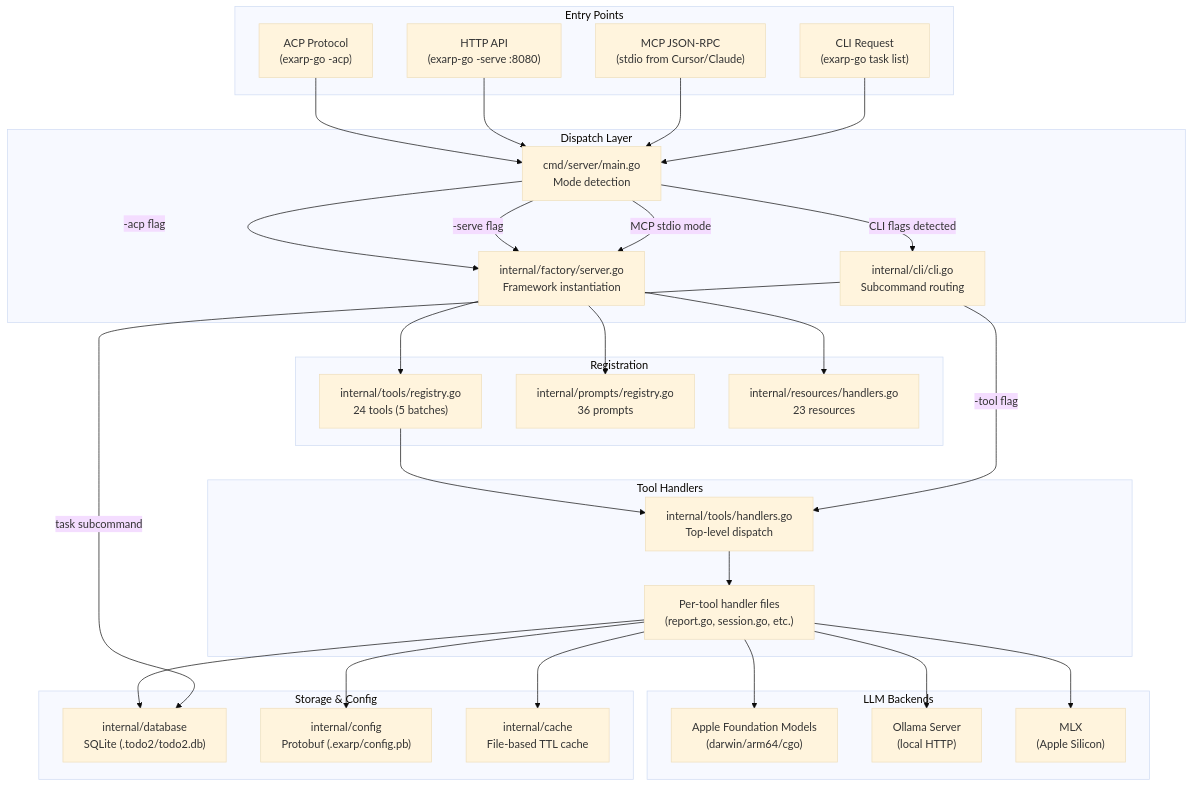
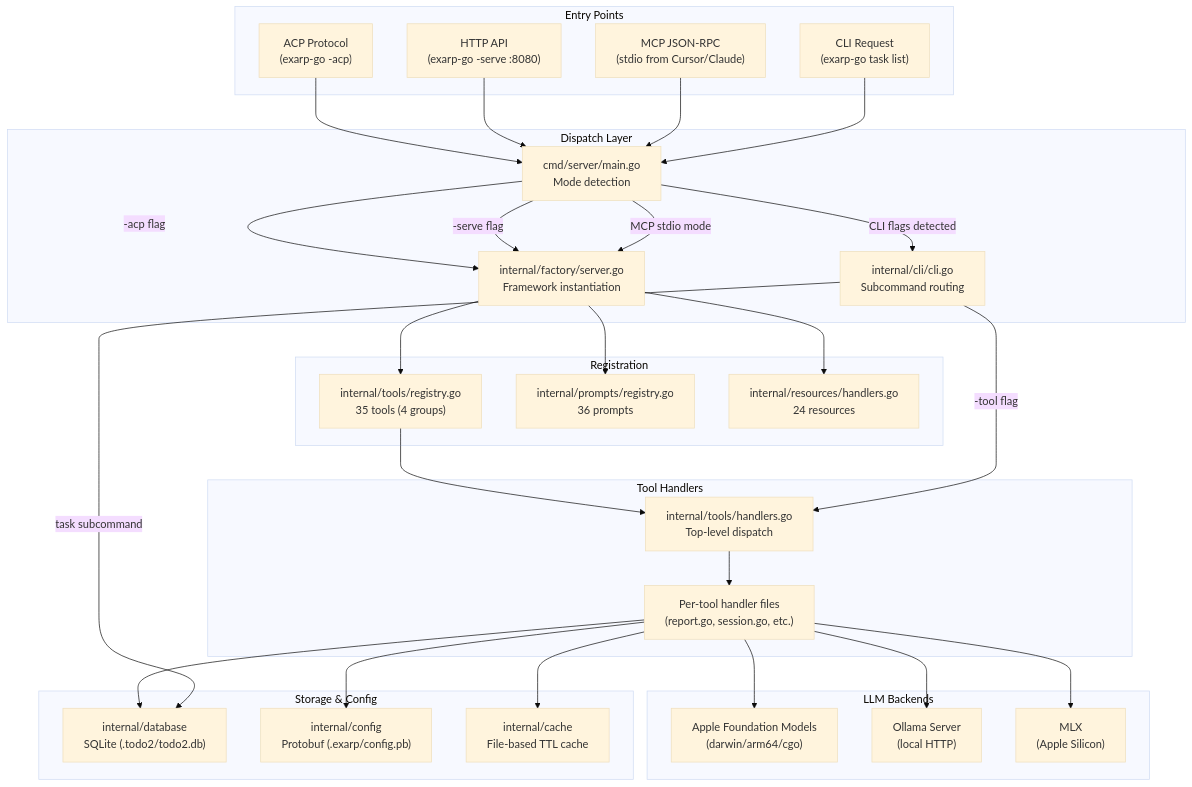
Before and after one commit to davidl71/exarp-go: the diagram in docs/ARCHITECTURE.md, drawn with Mermaid (base theme). The commit also changed other lines of this file and 5 other files, not shown here.

````diff
--- a/docs/ARCHITECTURE.md
+++ b/docs/ARCHITECTURE.md
@@ -38,64 +38,64 @@
 ```mermaid
 flowchart TD
     subgraph Entry["Entry Points"]
         CLI["CLI Request<br/>(exarp-go task list)"]
         MCP["MCP JSON-RPC<br/>(stdio from Cursor/Claude)"]
         HTTP["HTTP API<br/>(exarp-go -serve :8080)"]
         ACP_IN["ACP Protocol<br/>(exarp-go -acp)"]
     end
 
     subgraph Dispatch["Dispatch Layer"]
         MAIN["cmd/server/main.go<br/>Mode detection"]
         CLI_DISPATCH["internal/cli/cli.go<br/>Subcommand routing"]
         FACTORY["internal/factory/server.go<br/>Framework instantiation"]
     end
 
     subgraph Registration["Registration"]
-        TOOLS_REG["internal/tools/registry.go<br/>24 tools (5 batches)"]
+        TOOLS_REG["internal/tools/registry.go<br/>35 tools (4 groups)"]
         PROMPTS_REG["internal/prompts/registry.go<br/>36 prompts"]
-        RESOURCES_REG["internal/resources/handlers.go<br/>23 resources"]
+        RESOURCES_REG["internal/resources/handlers.go<br/>24 resources"]
     end
 
     subgraph Handlers["Tool Handlers"]
         HANDLERS["internal/tools/handlers.go<br/>Top-level dispatch"]
         TOOL_IMPL["Per-tool handler files<br/>(report.go, session.go, etc.)"]
     end
 
     subgraph Storage["Storage & Config"]
         DB["internal/database<br/>SQLite (.todo2/todo2.db)"]
         CONFIG["internal/config<br/>Protobuf (.exarp/config.pb)"]
         CACHE["internal/cache<br/>File-based TTL cache"]
     end
 
     subgraph LLM["LLM Backends"]
         FM["Apple Foundation Models<br/>(darwin/arm64/cgo)"]
         OLLAMA["Ollama Server<br/>(local HTTP)"]
         MLX["MLX<br/>(Apple Silicon)"]
     end
 
     CLI --> MAIN
     MCP --> MAIN
     HTTP --> MAIN
     ACP_IN --> MAIN
 
     MAIN -->|"CLI flags detected"| CLI_DISPATCH
     MAIN -->|"MCP stdio mode"| FACTORY
     MAIN -->|"-serve flag"| FACTORY
     MAIN -->|"-acp flag"| FACTORY
 
     FACTORY --> TOOLS_REG
     FACTORY --> PROMPTS_REG
     FACTORY --> RESOURCES_REG
 
     CLI_DISPATCH -->|"-tool flag"| HANDLERS
     CLI_DISPATCH -->|"task subcommand"| DB
     TOOLS_REG --> HANDLERS
     HANDLERS --> TOOL_IMPL
 
     TOOL_IMPL --> DB
     TOOL_IMPL --> CONFIG
     TOOL_IMPL --> CACHE
     TOOL_IMPL --> FM
     TOOL_IMPL --> OLLAMA
     TOOL_IMPL --> MLX
 ```
````
